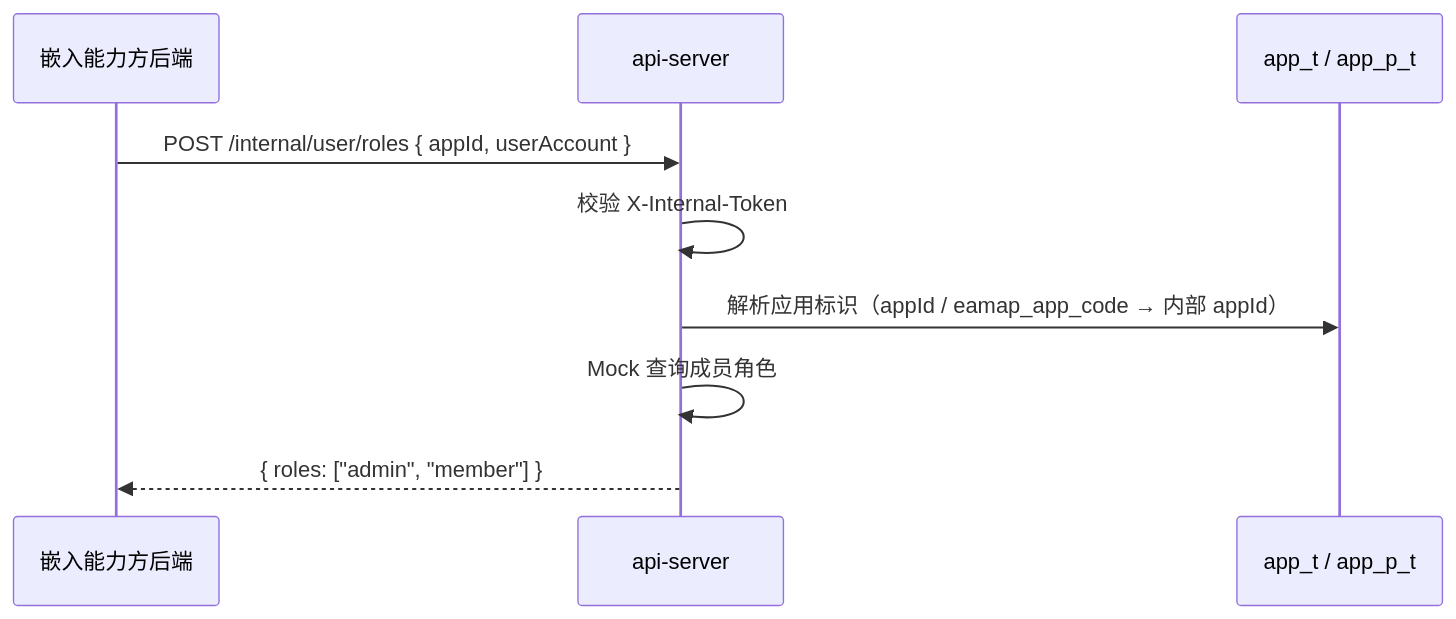
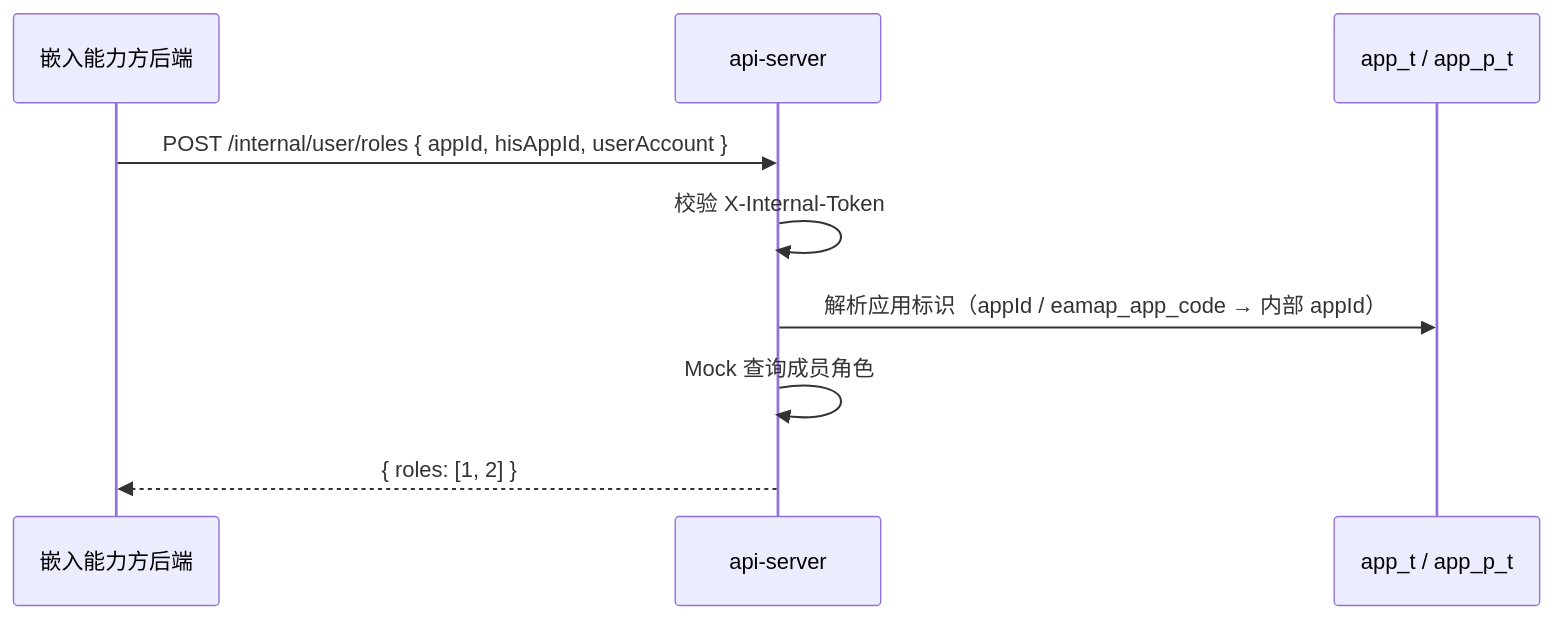
One commit to THZSummer/open-app changed the third of 3 diagrams in .sddu/specs-tree-root/specs-tree-ability-embedding/specs-tree-embedding-api/plan.md. Above: the diagram before and after it, drawn with Mermaid. The commit also changed other lines of this file and 1 other file, not shown here.

First line of the commit message:
docs: API面 appId拆为两个字段+roles改为integer[]

````diff
--- a/.sddu/specs-tree-root/specs-tree-ability-embedding/specs-tree-embedding-api/plan.md
+++ b/.sddu/specs-tree-root/specs-tree-ability-embedding/specs-tree-embedding-api/plan.md
@@ -285,12 +293,12 @@
 ```mermaid
 sequenceDiagram
     participant EmbedBackend as 嵌入能力方后端
     participant APIServer as api-server
     participant AppDB as app_t / app_p_t
 
-    EmbedBackend->>APIServer: POST /internal/user/roles { appId, userAccount }
+    EmbedBackend->>APIServer: POST /internal/user/roles { appId, hisAppId, userAccount }
     APIServer->>APIServer: 校验 X-Internal-Token
     APIServer->>AppDB: 解析应用标识（appId / eamap_app_code → 内部 appId）
     APIServer->>APIServer: Mock 查询成员角色
-    APIServer-->>EmbedBackend: { roles: ["admin", "member"] }
+    APIServer-->>EmbedBackend: { roles: [1, 2] }
 ```
````
